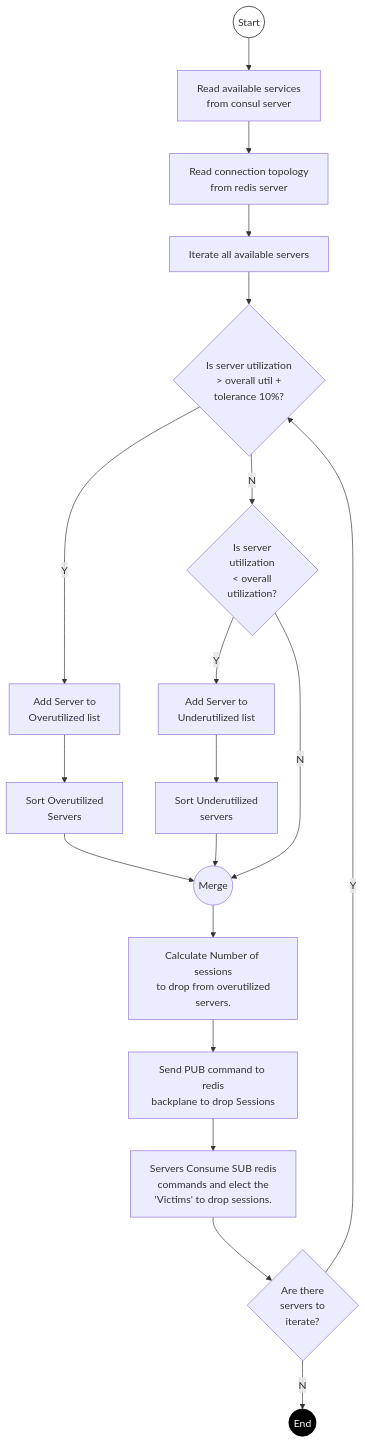
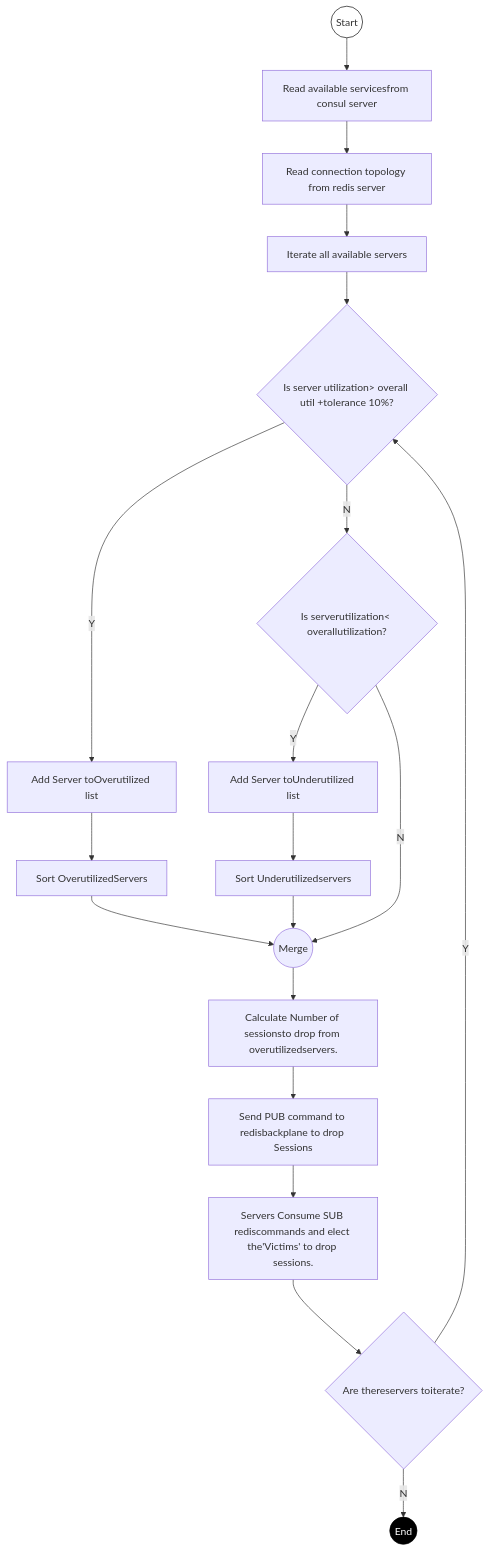
The first of 2 diagrams in README.md (jhonnyJET/connection-rebalancer), drawn with Mermaid before and after one commit. The commit also changed other lines of this file, not shown here.

Commit message:
WC-XX [BE] add mermaid flow charts explainig scaling/rebalancing

````diff
--- a/README.md
+++ b/README.md
@@ -12,24 +10,24 @@
 ```mermaid
 flowchart TD
-    Start((Start)) --> A[Read available services\nfrom consul server]
-    A --> B[Read connection topology\nfrom redis server]
+    Start((Start)) --> A[Read available servicesfrom consul server]
+    A --> B[Read connection topology from redis server]
     B --> C[Iterate all available servers]
-    C --> D{Is server utilization\n> overall util +\ntolerance 10%?}
-    D -- Y --> E[Add Server to\nOverutilized list]
-    E --> F[Sort Overutilized\nServers]
+    C --> D{Is server utilization> overall util +tolerance 10%?}
+    D -- Y --> E[Add Server toOverutilized list]
+    E --> F[Sort OverutilizedServers]
     F --> Merge((Merge))
-    D -- N --> G{Is server\nutilization\n< overall\nutilization?}
-    G -- Y --> H[Add Server to\nUnderutilized list]
-    H --> I[Sort Underutilized\nservers]
+    D -- N --> G{Is serverutilization< overallutilization?}
+    G -- Y --> H[Add Server toUnderutilized list]
+    H --> I[Sort Underutilizedservers]
     I --> Merge
     G -- N --> Merge
-    Merge --> J[Calculate Number of sessions\nto drop from overutilized\nservers.]
-    J --> K[Send PUB command to redis\nbackplane to drop Sessions]
-    K --> L[Servers Consume SUB redis\ncommands and elect the\n'Victims' to drop sessions.]
-    L --> M{Are there\nservers to\niterate?}
+    Merge --> J[Calculate Number of sessionsto drop from overutilizedservers.]
+    J --> K[Send PUB command to redisbackplane to drop Sessions]
+    K --> L[Servers Consume SUB rediscommands and elect the'Victims' to drop sessions.]
+    L --> M{Are thereservers toiterate?}
     M -- Y --> D
     M -- N --> End((End))
 
     style Start fill:#fff,stroke:#000
     style End fill:#000,stroke:#000,color:#fff
 ```
````
